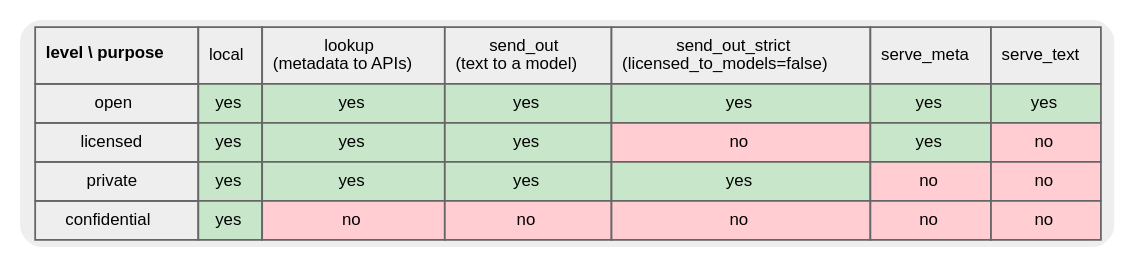
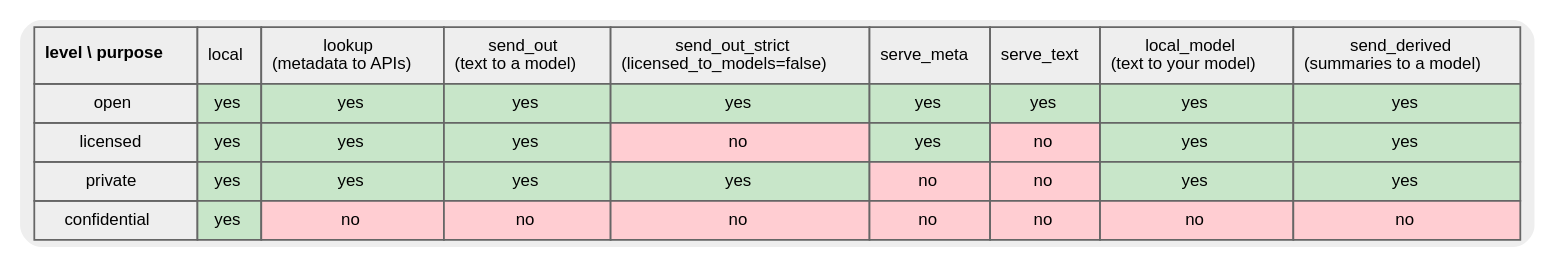
The diagram in docs/architecture/diagrams/sharing.dot (markmuetz/litnav), drawn with Graphviz before and after one commit. The commit also changed 50 other files, not shown here.

First line of the commit message:
Keep licensed text from outside models: local summaries, verify, ask-local, batches, guard.

```diff
--- a/docs/architecture/diagrams/sharing.dot
+++ b/docs/architecture/diagrams/sharing.dot
@@ -1,9 +1,9 @@
 digraph G { graph [fontname="Helvetica", fontsize=11, nodesep=0.3, ranksep=0.35]; node [fontname="Helvetica", fontsize=9.5, shape=box, style="rounded,filled", fillcolor="#EEEEEE", color="#666666"]; edge [fontname="Helvetica", fontsize=8, color="#555555"]; rankdir=LR;
   lvl [shape=plaintext, label=<<TABLE BORDER="0" CELLBORDER="1" CELLSPACING="0" CELLPADDING="5">
-  <TR><TD BGCOLOR="#EEEEEE"><B>level \\ purpose</B></TD><TD BGCOLOR="#EEEEEE">local</TD><TD BGCOLOR="#EEEEEE">lookup<BR/>(metadata to APIs)</TD><TD BGCOLOR="#EEEEEE">send_out<BR/>(text to a model)</TD><TD BGCOLOR="#EEEEEE">send_out_strict<BR/>(licensed_to_models=false)</TD><TD BGCOLOR="#EEEEEE">serve_meta</TD><TD BGCOLOR="#EEEEEE">serve_text</TD></TR>
-  <TR><TD>open</TD><TD BGCOLOR="#C8E6C9">yes</TD><TD BGCOLOR="#C8E6C9">yes</TD><TD BGCOLOR="#C8E6C9">yes</TD><TD BGCOLOR="#C8E6C9">yes</TD><TD BGCOLOR="#C8E6C9">yes</TD><TD BGCOLOR="#C8E6C9">yes</TD></TR>
-  <TR><TD>licensed</TD><TD BGCOLOR="#C8E6C9">yes</TD><TD BGCOLOR="#C8E6C9">yes</TD><TD BGCOLOR="#C8E6C9">yes</TD><TD BGCOLOR="#FFCDD2">no</TD><TD BGCOLOR="#C8E6C9">yes</TD><TD BGCOLOR="#FFCDD2">no</TD></TR>
-  <TR><TD>private</TD><TD BGCOLOR="#C8E6C9">yes</TD><TD BGCOLOR="#C8E6C9">yes</TD><TD BGCOLOR="#C8E6C9">yes</TD><TD BGCOLOR="#C8E6C9">yes</TD><TD BGCOLOR="#FFCDD2">no</TD><TD BGCOLOR="#FFCDD2">no</TD></TR>
-  <TR><TD>confidential</TD><TD BGCOLOR="#C8E6C9">yes</TD><TD BGCOLOR="#FFCDD2">no</TD><TD BGCOLOR="#FFCDD2">no</TD><TD BGCOLOR="#FFCDD2">no</TD><TD BGCOLOR="#FFCDD2">no</TD><TD BGCOLOR="#FFCDD2">no</TD></TR>
+  <TR><TD BGCOLOR="#EEEEEE"><B>level \\ purpose</B></TD><TD BGCOLOR="#EEEEEE">local</TD><TD BGCOLOR="#EEEEEE">lookup<BR/>(metadata to APIs)</TD><TD BGCOLOR="#EEEEEE">send_out<BR/>(text to a model)</TD><TD BGCOLOR="#EEEEEE">send_out_strict<BR/>(licensed_to_models=false)</TD><TD BGCOLOR="#EEEEEE">serve_meta</TD><TD BGCOLOR="#EEEEEE">serve_text</TD><TD BGCOLOR="#EEEEEE">local_model<BR/>(text to your model)</TD><TD BGCOLOR="#EEEEEE">send_derived<BR/>(summaries to a model)</TD></TR>
+  <TR><TD>open</TD><TD BGCOLOR="#C8E6C9">yes</TD><TD BGCOLOR="#C8E6C9">yes</TD><TD BGCOLOR="#C8E6C9">yes</TD><TD BGCOLOR="#C8E6C9">yes</TD><TD BGCOLOR="#C8E6C9">yes</TD><TD BGCOLOR="#C8E6C9">yes</TD><TD BGCOLOR="#C8E6C9">yes</TD><TD BGCOLOR="#C8E6C9">yes</TD></TR>
+  <TR><TD>licensed</TD><TD BGCOLOR="#C8E6C9">yes</TD><TD BGCOLOR="#C8E6C9">yes</TD><TD BGCOLOR="#C8E6C9">yes</TD><TD BGCOLOR="#FFCDD2">no</TD><TD BGCOLOR="#C8E6C9">yes</TD><TD BGCOLOR="#FFCDD2">no</TD><TD BGCOLOR="#C8E6C9">yes</TD><TD BGCOLOR="#C8E6C9">yes</TD></TR>
+  <TR><TD>private</TD><TD BGCOLOR="#C8E6C9">yes</TD><TD BGCOLOR="#C8E6C9">yes</TD><TD BGCOLOR="#C8E6C9">yes</TD><TD BGCOLOR="#C8E6C9">yes</TD><TD BGCOLOR="#FFCDD2">no</TD><TD BGCOLOR="#FFCDD2">no</TD><TD BGCOLOR="#C8E6C9">yes</TD><TD BGCOLOR="#C8E6C9">yes</TD></TR>
+  <TR><TD>confidential</TD><TD BGCOLOR="#C8E6C9">yes</TD><TD BGCOLOR="#FFCDD2">no</TD><TD BGCOLOR="#FFCDD2">no</TD><TD BGCOLOR="#FFCDD2">no</TD><TD BGCOLOR="#FFCDD2">no</TD><TD BGCOLOR="#FFCDD2">no</TD><TD BGCOLOR="#FFCDD2">no</TD><TD BGCOLOR="#FFCDD2">no</TD></TR>
   </TABLE>>];
 }
```
